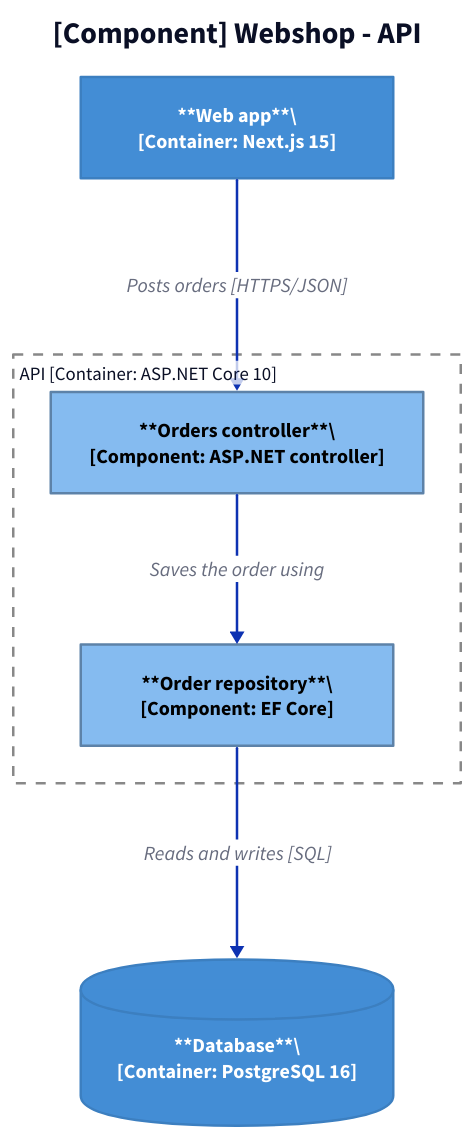
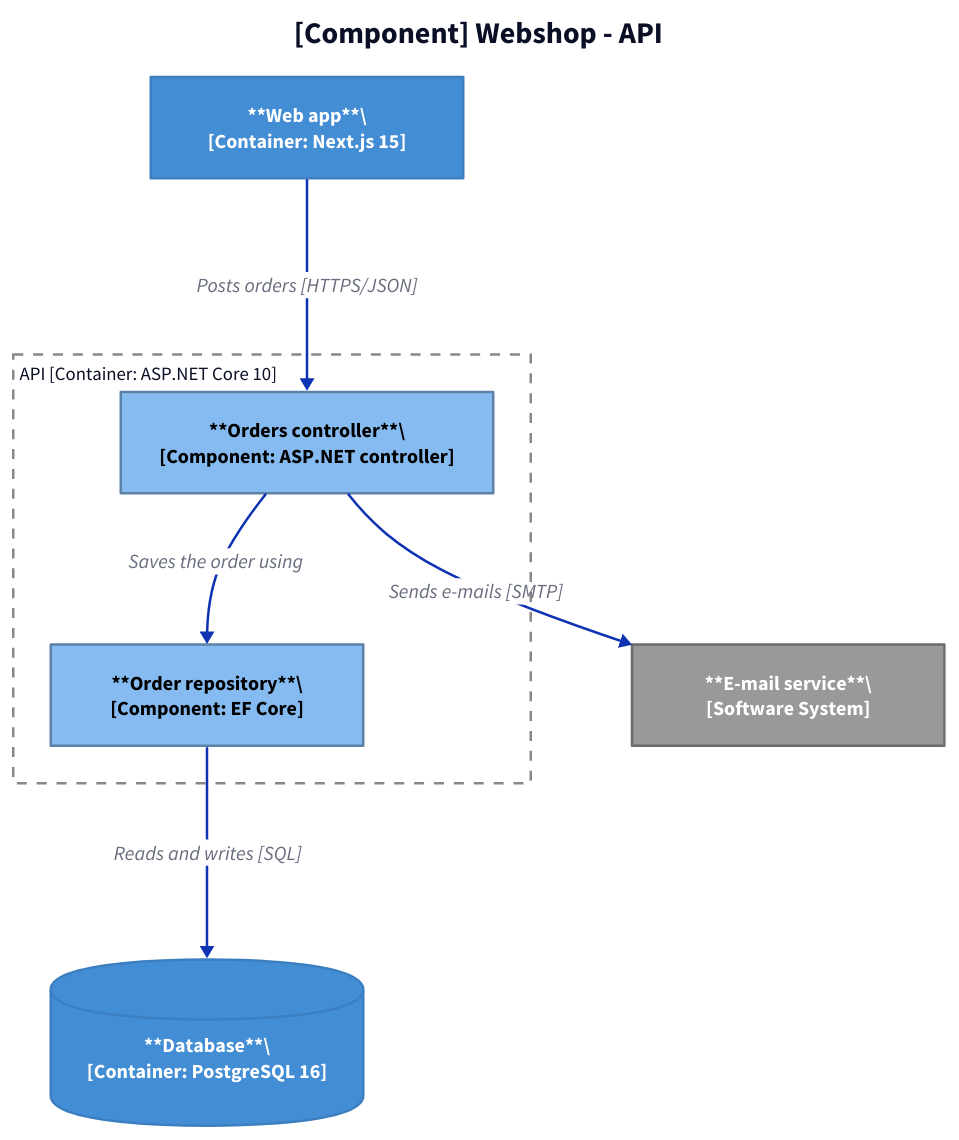
Before and after one commit to ATkingma/KingmaDoc: the third of 5 diagrams in skill/explaining-code/reference/c4-model.md, drawn with D2. The commit also changed other lines of this file and 13 other files, not shown here.

````diff
--- a/skill/explaining-code/reference/c4-model.md
+++ b/skill/explaining-code/reference/c4-model.md
@@ -201,43 +213,50 @@
 ```d2
 classes: {
+  external: {shape: rectangle; style: {fill: "#999999"; stroke: "#6b6b6b"; font-color: "#ffffff"}; width: 250}
   container: {shape: rectangle; style: {fill: "#438dd5"; stroke: "#3c7fc0"; font-color: "#ffffff"}; width: 250}
   database: {shape: cylinder; style: {fill: "#438dd5"; stroke: "#3c7fc0"; font-color: "#ffffff"}; width: 250}
   component: {shape: rectangle; style: {fill: "#85bbf0"; stroke: "#5d82a8"; font-color: "#000000"}; width: 250}
   boundary: {label.near: top-left; style: {fill: transparent; stroke: "#888888"; stroke-dash: 4; font-size: 15}}
 }
 title: "[Component] Webshop - API" {shape: text; near: top-center; style: {font-size: 24; bold: true}}
 direction: down
 vars: {
   d2-legend: {
     c: Container {class: container}
     k: Component {class: component}
     d: Container: data store {class: database}
+    x: External software system {class: external}
     bd: Container boundary {class: boundary}
     a: "" {style.opacity: 0}
     b: "" {style.opacity: 0}
     a -> b: Relationship
   }
 }
 web: |md
   **Web app**\
   [Container: Next.js 15]
 | {class: container}
 api: "API [Container: ASP.NET Core 10]" {
   class: boundary
   orders: |md
     **Orders controller**\
     [Component: ASP.NET controller]
   | {class: component}
   store: |md
     **Order repository**\
     [Component: EF Core]
   | {class: component}
 }
 db: |md
   **Database**\
   [Container: PostgreSQL 16]
 | {class: database}
+mail: |md
+  **E-mail service**\
+  [Software System]
+| {class: external}
 web -> api.orders: "Posts orders [HTTPS/JSON]"
 api.orders -> api.store: "Saves the order using"
 api.store -> db: "Reads and writes [SQL]"
+api.orders -> mail: "Sends e-mails [SMTP]"
 ```
````
